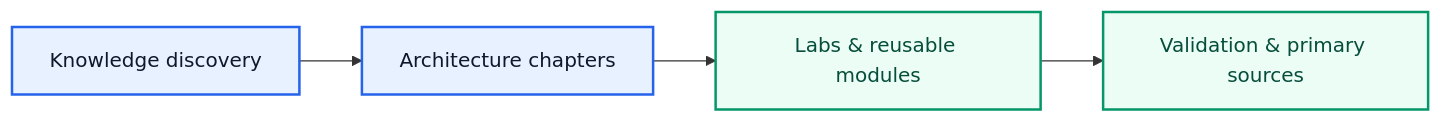
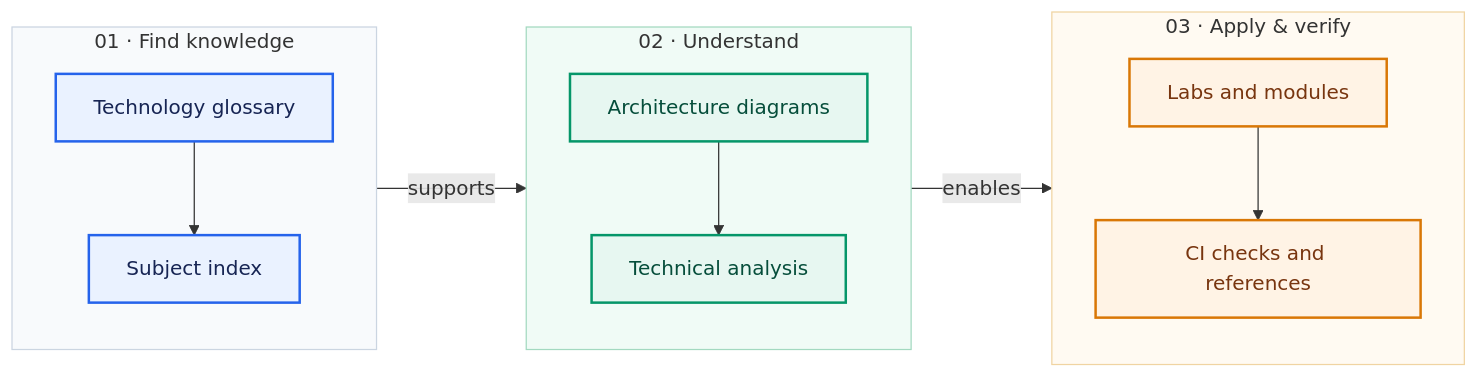
Before and after one commit to platform-engineering-labz/platform-engineering: the diagram in diagram.mmd, drawn with Mermaid. The commit also changed 3 other files, not shown here.

Commit message:
docs: restructure handbook, foundations and infrastructure overview diagrams

```diff
--- a/diagram.mmd
+++ b/diagram.mmd
@@ -1,12 +1,24 @@
 flowchart LR
-  N0["Knowledge discovery"]
-  N1["Architecture chapters"]
-  N0 --> N1
-  N2["Labs & reusable modules"]
-  N1 --> N2
-  N3["Validation & primary sources"]
-  N2 --> N3
-  classDef core fill:#E8F1FF,stroke:#2563EB,stroke-width:2px,color:#0F172A
-  classDef stage fill:#ECFDF5,stroke:#059669,stroke-width:2px,color:#064E3B
-  class N0,N1 core
-  class N2,N3 stage
+ subgraph S1["01 · Find knowledge"]
+  direction TB
+  A["Technology glossary"] --> B["Subject index"]
+ end
+ subgraph S2["02 · Understand"]
+  direction TB
+  C["Architecture diagrams"] --> D["Technical analysis"]
+ end
+ subgraph S3["03 · Apply & verify"]
+  direction TB
+  E["Labs and modules"] --> F["CI checks and references"]
+ end
+ B -->|"supports"| C
+ D -->|"enables"| E
+ classDef blue fill:#EAF2FF,stroke:#2563EB,stroke-width:2px,color:#172554
+ classDef teal fill:#E7F7F1,stroke:#059669,stroke-width:2px,color:#064E3B
+ classDef amber fill:#FFF3E5,stroke:#D97706,stroke-width:2px,color:#78350F
+ class A,B blue
+ class C,D teal
+ class E,F amber
+ style S1 fill:#F8FAFC,stroke:#CBD5E1
+ style S2 fill:#F0FBF6,stroke:#A3D9C0
+ style S3 fill:#FFFAF2,stroke:#F0D4A2
```
